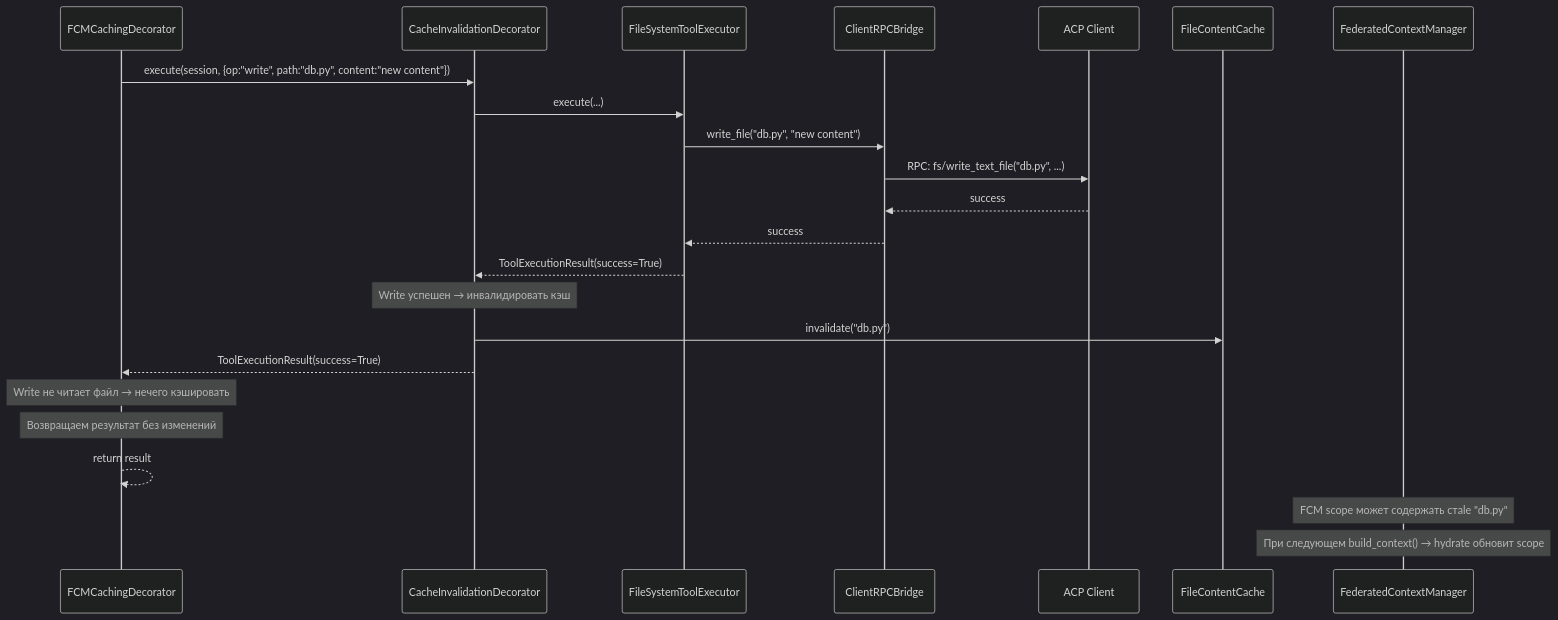
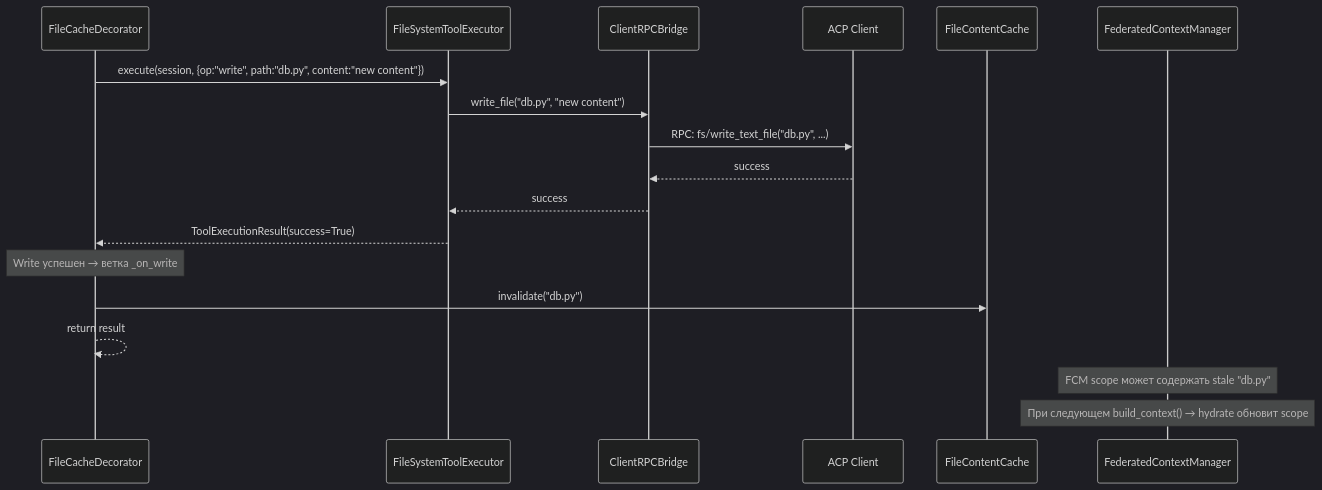
The sixth of 21 diagrams in doc/internals/architecture/fcm/AGENT_LOOP_INTEGRATION.md (pese-git/codelab-agent), drawn with Mermaid (dark theme) before and after one commit. The commit also changed other lines of this file and 6 other files, not shown here.

````diff
--- a/doc/internals/architecture/fcm/AGENT_LOOP_INTEGRATION.md
+++ b/doc/internals/architecture/fcm/AGENT_LOOP_INTEGRATION.md
@@ -493,29 +493,23 @@
 ```mermaid
 sequenceDiagram
-    participant Dec as FCMCachingDecorator
-    participant CInv as CacheInvalidationDecorator
+    participant Dec as FileCacheDecorator
     participant FSExec as FileSystemToolExecutor
     participant Bridge as ClientRPCBridge
     participant Client as ACP Client
     participant Cache as FileContentCache
     participant FCM as FederatedContextManager
 
-    Dec->>CInv: execute(session, {op:"write", path:"db.py", content:"new content"})
-    CInv->>FSExec: execute(...)
+    Dec->>FSExec: execute(session, {op:"write", path:"db.py", content:"new content"})
     FSExec->>Bridge: write_file("db.py", "new content")
     Bridge->>Client: RPC: fs/write_text_file("db.py", ...)
     Client-->>Bridge: success
     Bridge-->>FSExec: success
-    FSExec-->>CInv: ToolExecutionResult(success=True)
-    
-    Note over CInv: Write успешен → инвалидировать кэш
-    CInv->>Cache: invalidate("db.py")
-    CInv-->>Dec: ToolExecutionResult(success=True)
-    
-    Note over Dec: Write не читает файл → нечего кэшировать
-    Note over Dec: Возвращаем результат без изменений
+    FSExec-->>Dec: ToolExecutionResult(success=True)
+
+    Note over Dec: Write успешен → ветка _on_write
+    Dec->>Cache: invalidate("db.py")
     Dec-->>Dec: return result
-    
-    Note over FCM: FCM scope может содержать стale "db.py"
+
+    Note over FCM: FCM scope может содержать stale "db.py"
     Note over FCM: При следующем build_context() → hydrate обновит scope
 ```
````
